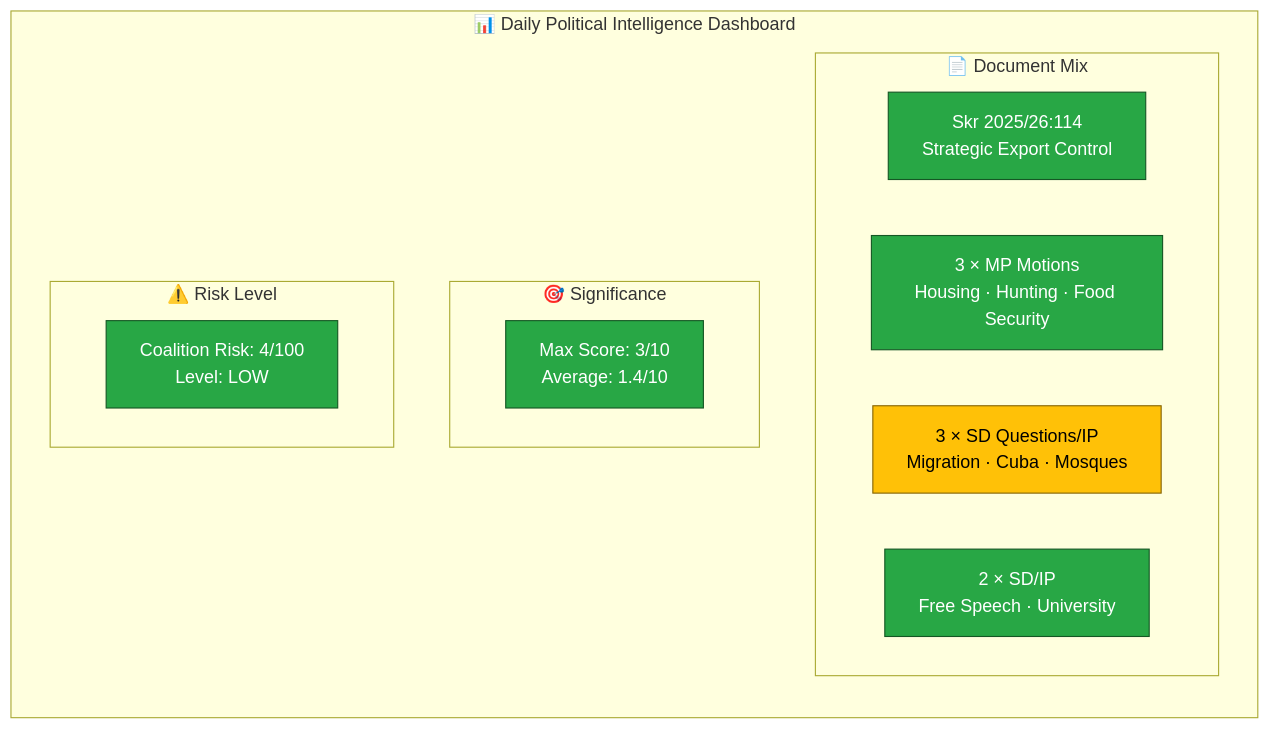
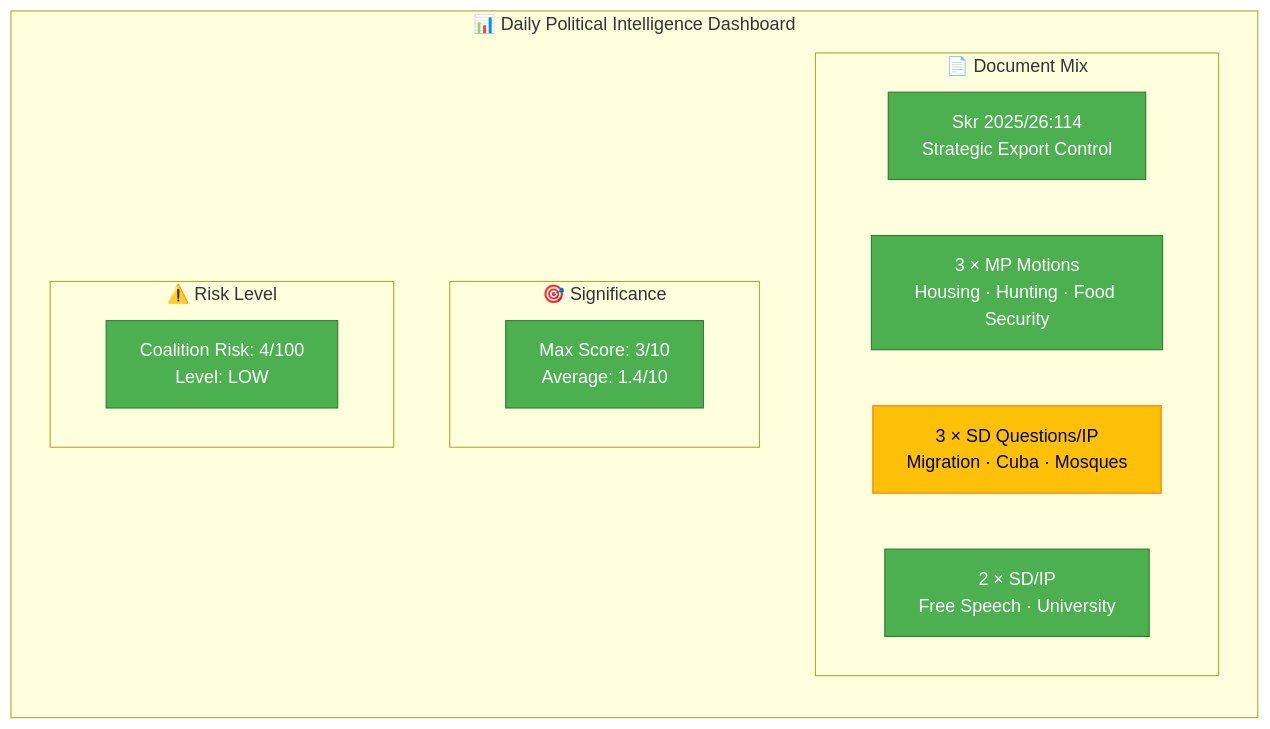
The first of 2 diagrams in analysis/daily/2026-04-07/realtime-1411/synthesis-summary.md (Hack23/riksdagsmonitor), drawn with Mermaid before and after one commit. The commit also changed other lines of this file and 785 other files, not shown here.

First line of the commit message:
Normalize mermaid colors across 786 analysis artifacts to ISMS Style Guide palette

````diff
--- a/analysis/daily/2026-04-07/realtime-1411/synthesis-summary.md
+++ b/analysis/daily/2026-04-07/realtime-1411/synthesis-summary.md
@@ -15,24 +15,24 @@
 ```mermaid
 graph TD
     subgraph "📊 Daily Political Intelligence Dashboard"
         direction TB
         subgraph "📄 Document Mix"
             D1["Skr 2025/26:114<br>Strategic Export Control"]
             D2["3 × MP Motions<br>Housing · Hunting · Food Security"]
             D3["3 × SD Questions/IP<br>Migration · Cuba · Mosques"]
             D4["2 × SD/IP<br>Free Speech · University"]
         end
         subgraph "🎯 Significance"
             SIG["Max Score: 3/10<br>Average: 1.4/10"]
         end
         subgraph "⚠️ Risk Level"
             RISK["Coalition Risk: 4/100<br>Level: LOW"]
         end
     end
-    style D1 fill:#28a745,stroke:#155724,color:#fff
-    style D2 fill:#28a745,stroke:#155724,color:#fff
-    style D3 fill:#ffc107,stroke:#856404,color:#000
-    style D4 fill:#28a745,stroke:#155724,color:#fff
-    style SIG fill:#28a745,stroke:#155724,color:#fff
-    style RISK fill:#28a745,stroke:#155724,color:#fff
+    style D1 fill:#4CAF50,stroke:#2E7D32,color:#FFFFFF
+    style D2 fill:#4CAF50,stroke:#2E7D32,color:#FFFFFF
+    style D3 fill:#FFC107,stroke:#F57C00,color:#000000
+    style D4 fill:#4CAF50,stroke:#2E7D32,color:#FFFFFF
+    style SIG fill:#4CAF50,stroke:#2E7D32,color:#FFFFFF
+    style RISK fill:#4CAF50,stroke:#2E7D32,color:#FFFFFF
 ```
````
